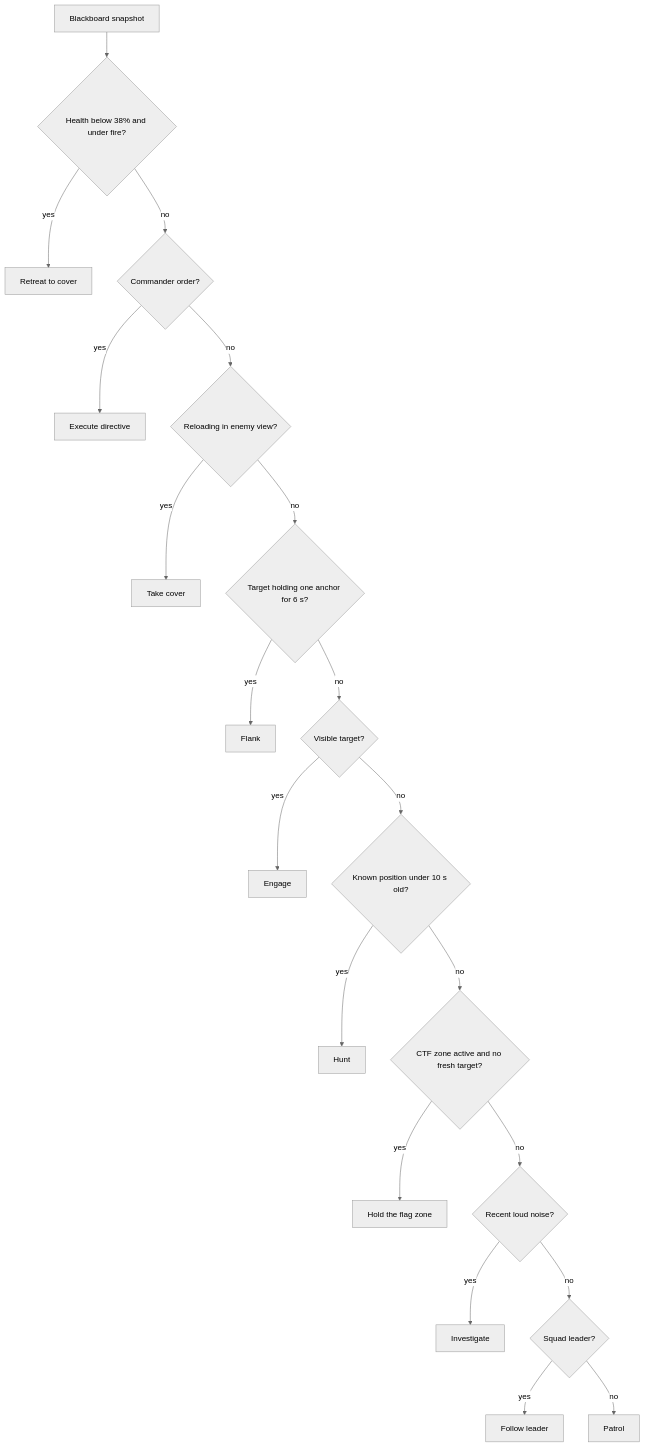
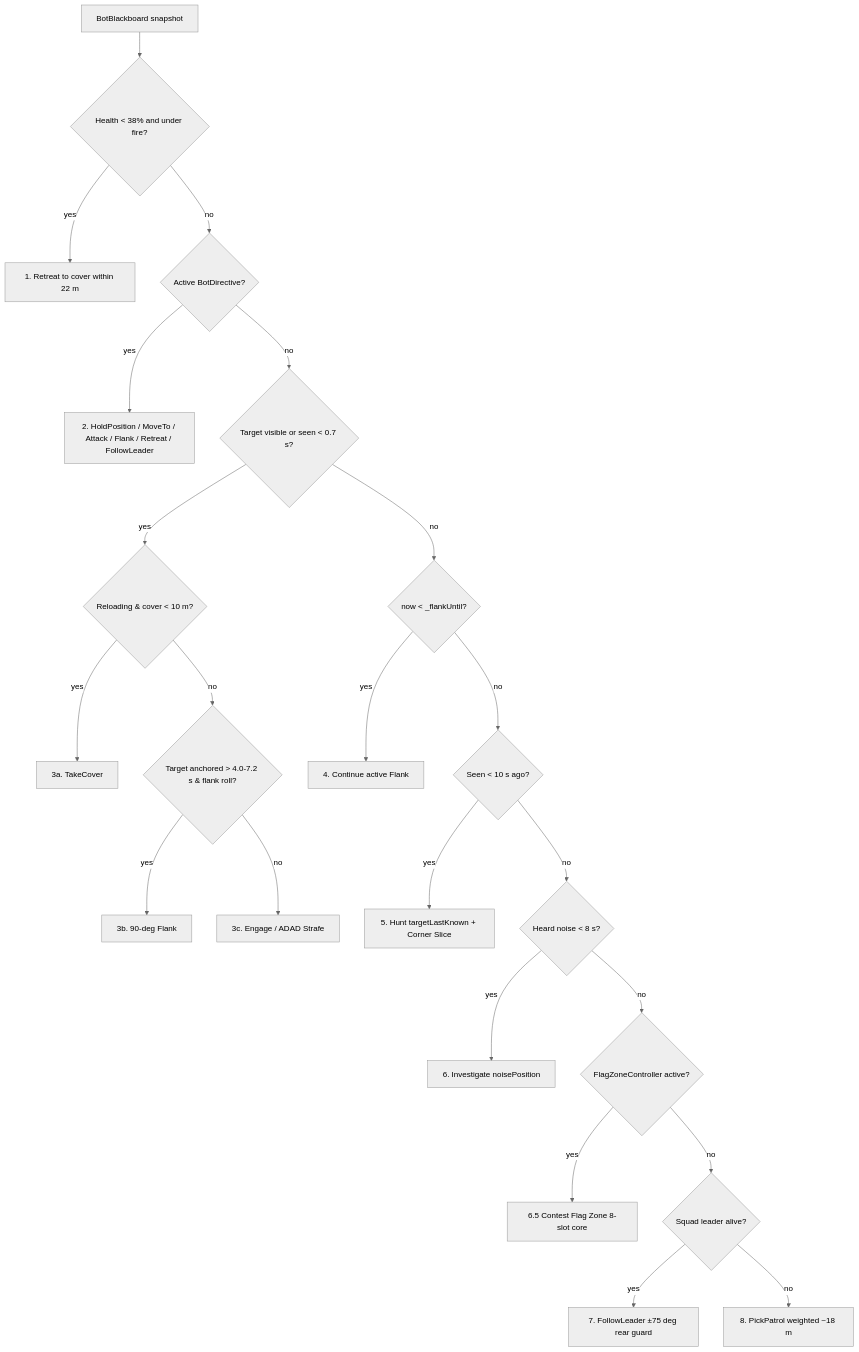
The diagram in Docs/LR2_Bot_Explainer.md (Tokey/Lead-Rush-2), drawn with Mermaid (neutral theme) before and after one commit. The commit also changed other lines of this file and 39 other files, not shown here.

Commit message:
B53/B52/R12/B26/B49/B50/B51: 3-tab Bot Brain HTML, 9 1:1 GIFs, Human Miss Pattern, FFA CTF, and All-5-Weapon IK/Humanoid Fixes

````diff
--- a/Docs/LR2_Bot_Explainer.md
+++ b/Docs/LR2_Bot_Explainer.md
@@ -39,22 +44,24 @@
 ```mermaid
 flowchart TD
-    A[Blackboard snapshot] --> B{Health below 38% and under fire?}
-    B -->|yes| R[Retreat to cover]
-    B -->|no| C{Commander order?}
-    C -->|yes| O[Execute directive]
-    C -->|no| D{Reloading in enemy view?}
-    D -->|yes| T[Take cover]
-    D -->|no| F{Target holding one anchor for 6 s?}
-    F -->|yes| FL[Flank]
-    F -->|no| E{Visible target?}
-    E -->|yes| EN[Engage]
-    E -->|no| H{Known position under 10 s old?}
-    H -->|yes| HU[Hunt]
-    H -->|no| CTF{CTF zone active and no fresh target?}
-    CTF -->|yes| HOLD[Hold the flag zone]
-    CTF -->|no| N{Recent loud noise?}
-    N -->|yes| IN[Investigate]
-    N -->|no| S{Squad leader?}
-    S -->|yes| FO[Follow leader]
-    S -->|no| P[Patrol]
+    A[BotBlackboard snapshot] --> B{Health < 38% and under fire?}
+    B -->|yes| R[1. Retreat to cover within 22 m]
+    B -->|no| C{Active BotDirective?}
+    C -->|yes| O[2. HoldPosition / MoveTo / Attack / Flank / Retreat / FollowLeader]
+    C -->|no| V{Target visible or seen < 0.7 s?}
+    V -->|yes| V1{Reloading & cover < 10 m?}
+    V1 -->|yes| TC[3a. TakeCover]
+    V1 -->|no| V2{Target anchored > 4.0-7.2 s & flank roll?}
+    V2 -->|yes| FL[3b. 90-deg Flank]
+    V2 -->|no| EN[3c. Engage / ADAD Strafe]
+    V -->|no| AF{now < _flankUntil?}
+    AF -->|yes| FL2[4. Continue active Flank]
+    AF -->|no| H{Seen < 10 s ago?}
+    H -->|yes| HU[5. Hunt targetLastKnown + Corner Slice]
+    H -->|no| N{Heard noise < 8 s?}
+    N -->|yes| IN[6. Investigate noisePosition]
+    N -->|no| CTF{FlagZoneController active?}
+    CTF -->|yes| FZ[6.5 Contest Flag Zone 8-slot core]
+    CTF -->|no| SL{Squad leader alive?}
+    SL -->|yes| FO[7. FollowLeader ±75 deg rear guard]
+    SL -->|no| P[8. PickPatrol weighted ~18 m]
 ```
````
